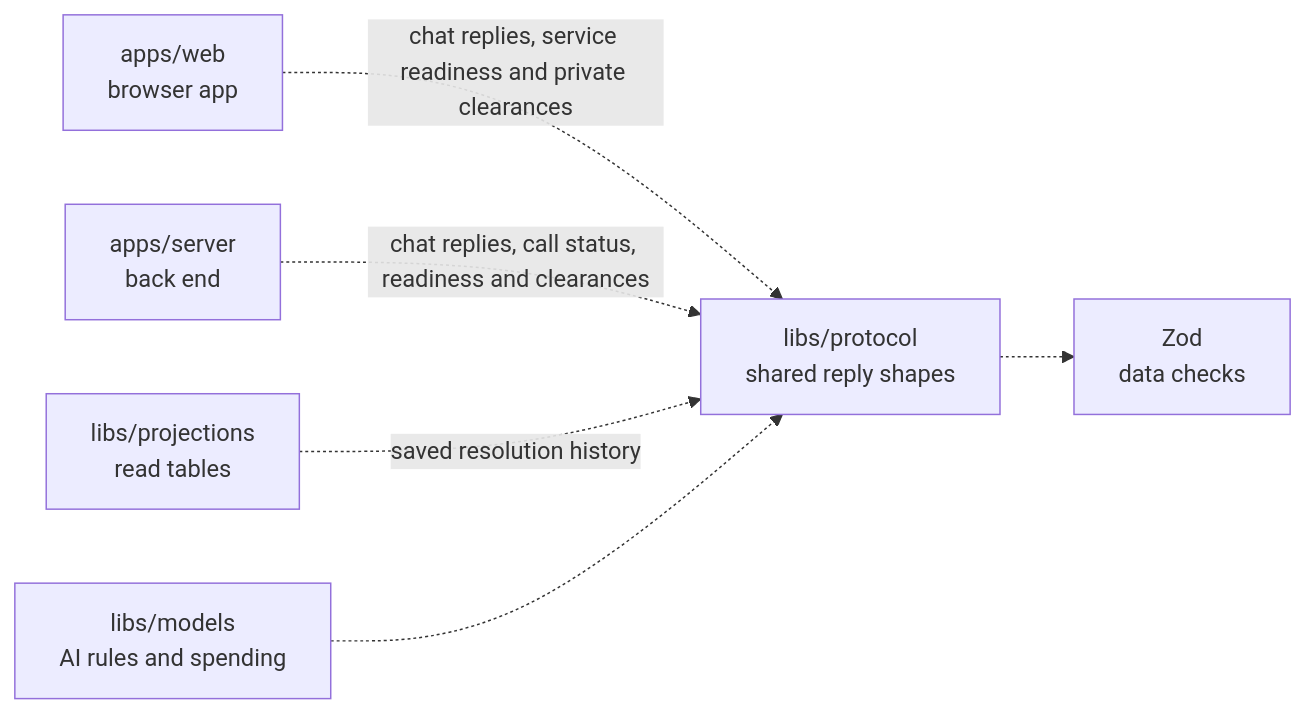
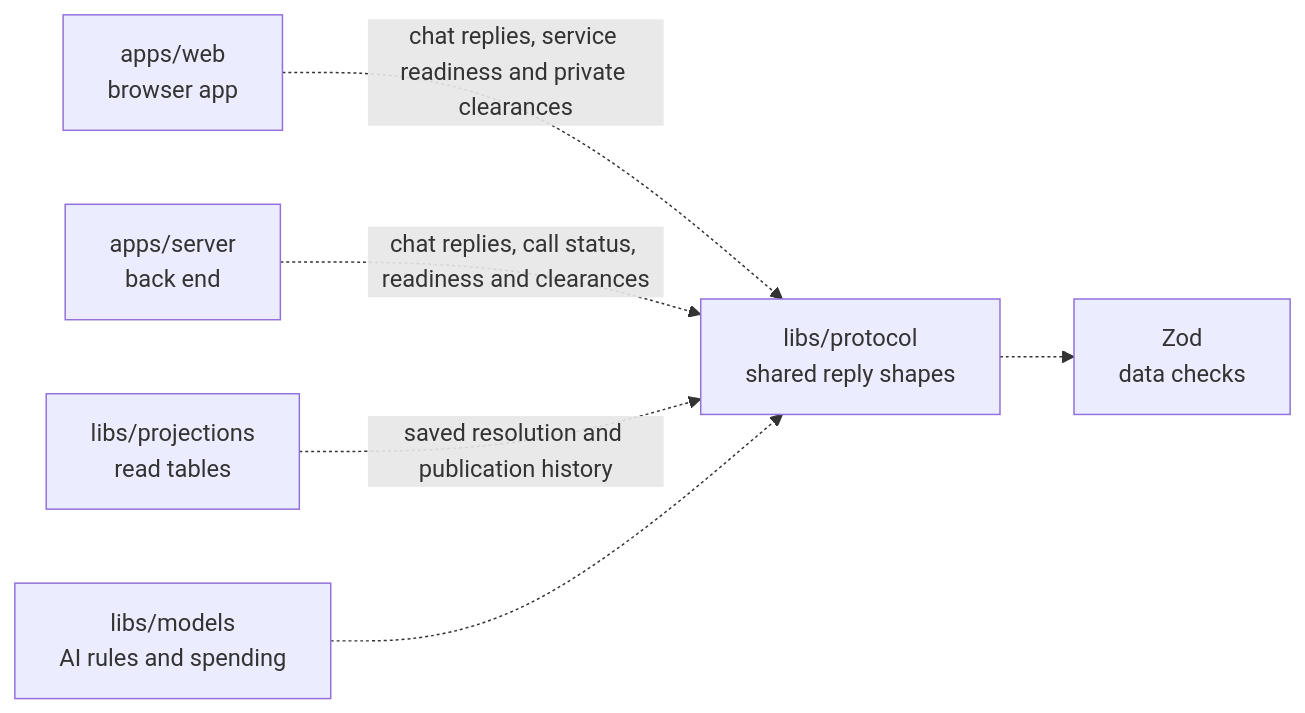
Before and after one commit to elewa-git/opencrane-new: the diagram in libs/protocol/README.md, drawn with Mermaid. The commit also changed other lines of this file and 19 other files, not shown here.

Commit message:
🧾 Show safe child publication facts in history

````diff
--- a/libs/protocol/README.md
+++ b/libs/protocol/README.md
@@ -36,8 +38,8 @@
 ```mermaid
 flowchart LR
   web["apps/web<br/>browser app"] -.->|chat replies, service readiness and private clearances| protocol["libs/protocol<br/>shared reply shapes"]
   server["apps/server<br/>back end"] -.->|chat replies, call status, readiness and clearances| protocol
-  projections["libs/projections<br/>read tables"] -.->|saved resolution history| protocol
+  projections["libs/projections<br/>read tables"] -.->|saved resolution and publication history| protocol
   models["libs/models<br/>AI rules and spending"] -.-> protocol
   protocol -.-> zod["Zod<br/>data checks"]
 ```
````
